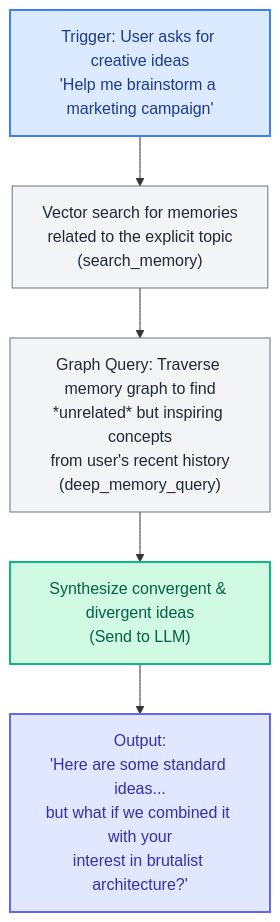
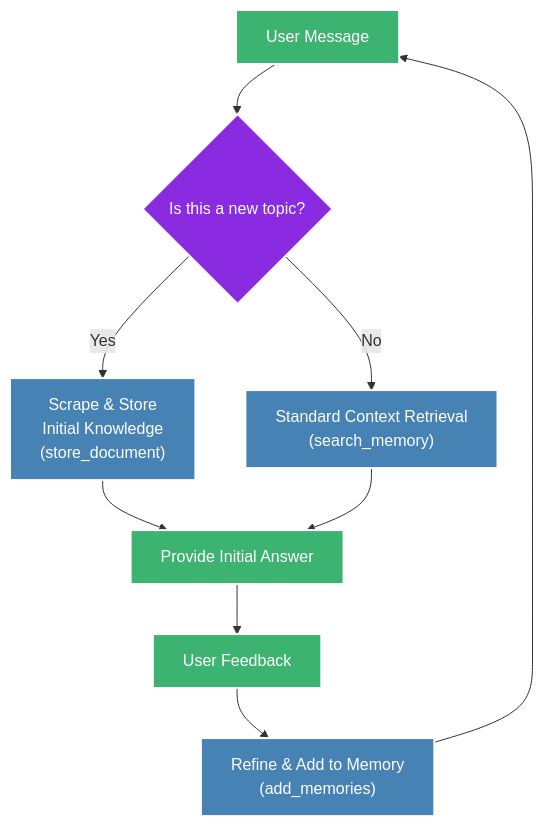
Before and after one commit to jean-technologies/jean-memory: the fourth of 4 diagrams in openmemory/ui/docs-mintlify/context-engineering.mdx, drawn with Mermaid. The commit also changed other lines of this file and 1 other file, not shown here.

````diff
--- a/openmemory/ui/docs-mintlify/context-engineering.mdx
+++ b/openmemory/ui/docs-mintlify/context-engineering.mdx
@@ -124,17 +130,19 @@
-  ```mermaid
-  graph TD;
-      A["Trigger: User asks for creative ideas<br/>'Help me brainstorm a marketing campaign'"] --> B["Vector search for memories<br/>related to the explicit topic<br/>(search_memory)"];
-      B --> C["Graph Query: Traverse memory graph to find<br/>*unrelated* but inspiring concepts<br/>from user's recent history<br/>(deep_memory_query)"];
-      C --> D["Synthesize convergent & divergent ideas<br/>(Send to LLM)"];
-      D --> E["Output:<br/>'Here are some standard ideas...<br/>but what if we combined it with your<br/>interest in brutalist architecture?'"];
-      
-      classDef trigger fill:#DBEAFE,stroke:#3B82F6,stroke-width:2px,color:#1E3A8A;
-      classDef process fill:#F3F4F6,stroke:#6B7280,stroke-width:1px,color:#1F2937;
-      classDef synthesis fill:#D1FAE5,stroke:#10B981,stroke-width:2px,color:#065F46;
-      classDef output fill:#E0E7FF,stroke:#6366F1,stroke-width:2px,color:#3730A3;
-  
-      class A trigger;
-      class B,C process;
-      class D synthesis;
-      class E output;
-  ```
+    ```mermaid
+    graph TD;
+        A["User Message"] --> B{"Is this a new topic?"};
+        B -- "Yes" --> C["Scrape & Store<br/>Initial Knowledge<br/>(store_document)"];
+        B -- "No" --> D["Standard Context Retrieval<br/>(search_memory)"];
+        C --> E["Provide Initial Answer"];
+        D --> E;
+        E --> F["User Feedback"];
+        F --> G["Refine & Add to Memory<br/>(add_memories)"];
+        G --> A;
+
+        classDef io fill:#3CB371,stroke:#FFF,stroke-width:2px,color:#FFF;
+        classDef decision fill:#8A2BE2,stroke:#FFF,stroke-width:2px,color:#FFF;
+        classDef process fill:#4682B4,stroke:#FFF,stroke-width:2px,color:#FFF;
+        
+        class A,E,F io;
+        class B decision;
+        class C,D,G process;
+    ```
````
